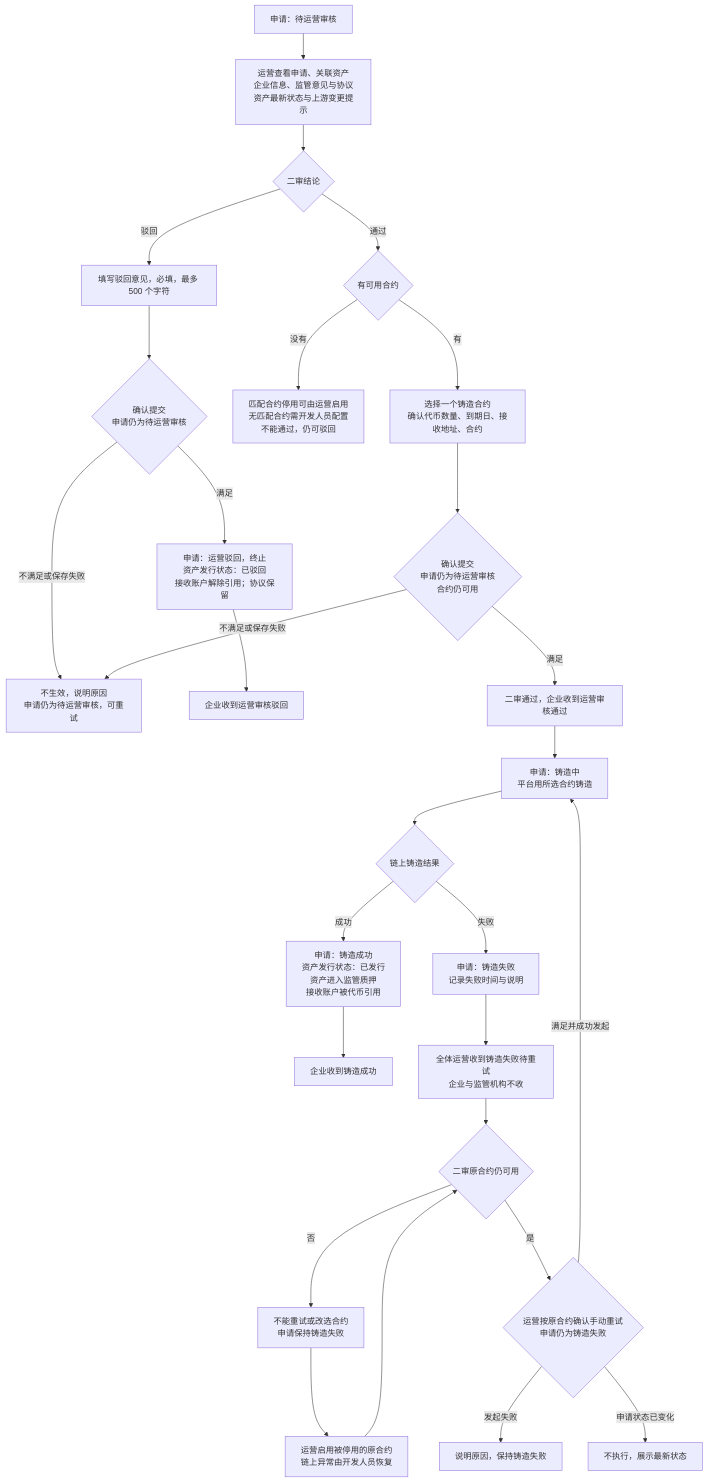
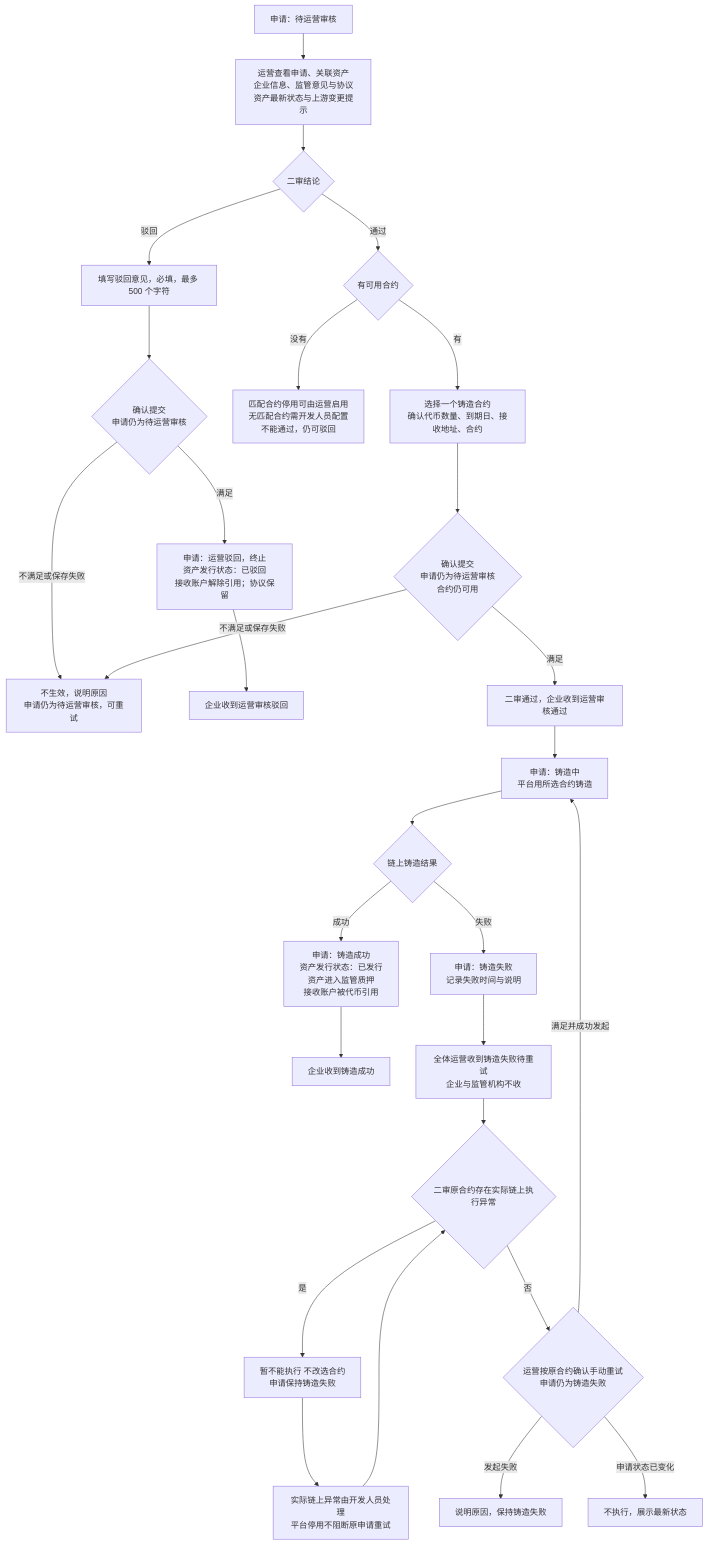
Before and after one commit to wxblockchain/Chain-Financing: the second of 4 diagrams in token-issuance-platform/PRD/v1.0-代币发行-审核与铸造-流程图与状态机.md, drawn with Mermaid. The commit also changed other lines of this file and 13 other files, not shown here.

````diff
--- a/token-issuance-platform/PRD/v1.0-代币发行-审核与铸造-流程图与状态机.md
+++ b/token-issuance-platform/PRD/v1.0-代币发行-审核与铸造-流程图与状态机.md
@@ -39,30 +39,30 @@
 ```mermaid
 flowchart TD
     A[申请：待运营审核] --> B[运营查看申请、关联资产<br/>企业信息、监管意见与协议<br/>资产最新状态与上游变更提示]
     B --> C{二审结论}
     C -->|驳回| D[填写驳回意见，必填，最多 500 个字符]
     D --> D1{确认提交<br/>申请仍为待运营审核}
     D1 -->|不满足或保存失败| X[不生效，说明原因<br/>申请仍为待运营审核，可重试]
     D1 -->|满足| D2[申请：运营驳回，终止<br/>资产发行状态：已驳回<br/>接收账户解除引用；协议保留]
     D2 --> D3[企业收到运营审核驳回]
     C -->|通过| E{有可用合约}
     E -->|没有| E1[匹配合约停用可由运营启用<br/>无匹配合约需开发人员配置<br/>不能通过，仍可驳回]
     E -->|有| F[选择一个铸造合约<br/>确认代币数量、到期日、接收地址、合约]
     F --> F1{确认提交<br/>申请仍为待运营审核<br/>合约仍可用}
     F1 -->|不满足或保存失败| X
     F1 -->|满足| G0[二审通过，企业收到运营审核通过]
     G0 --> G[申请：铸造中<br/>平台用所选合约铸造]
     G --> H{链上铸造结果}
     H -->|成功| I[申请：铸造成功<br/>资产发行状态：已发行<br/>资产进入监管质押<br/>接收账户被代币引用]
     I --> I1[企业收到铸造成功]
     H -->|失败| J[申请：铸造失败<br/>记录失败时间与说明]
     J --> J1[全体运营收到铸造失败待重试<br/>企业与监管机构不收]
-    J1 --> K{二审原合约仍可用}
-    K -->|否| K1[不能重试或改选合约<br/>申请保持铸造失败]
-    K1 --> K2[运营启用被停用的原合约<br/>链上异常由开发人员恢复]
+    J1 --> K{二审原合约存在实际链上执行异常}
+    K -->|是| K1[暂不能执行 不改选合约<br/>申请保持铸造失败]
+    K1 --> K2[实际链上异常由开发人员处理<br/>平台停用不阻断原申请重试]
     K2 --> K
-    K -->|是| L{运营按原合约确认手动重试<br/>申请仍为铸造失败}
+    K -->|否| L{运营按原合约确认手动重试<br/>申请仍为铸造失败}
     L -->|满足并成功发起| G
     L -->|发起失败| L1[说明原因，保持铸造失败]
     L -->|申请状态已变化| L2[不执行，展示最新状态]
 ```
````
